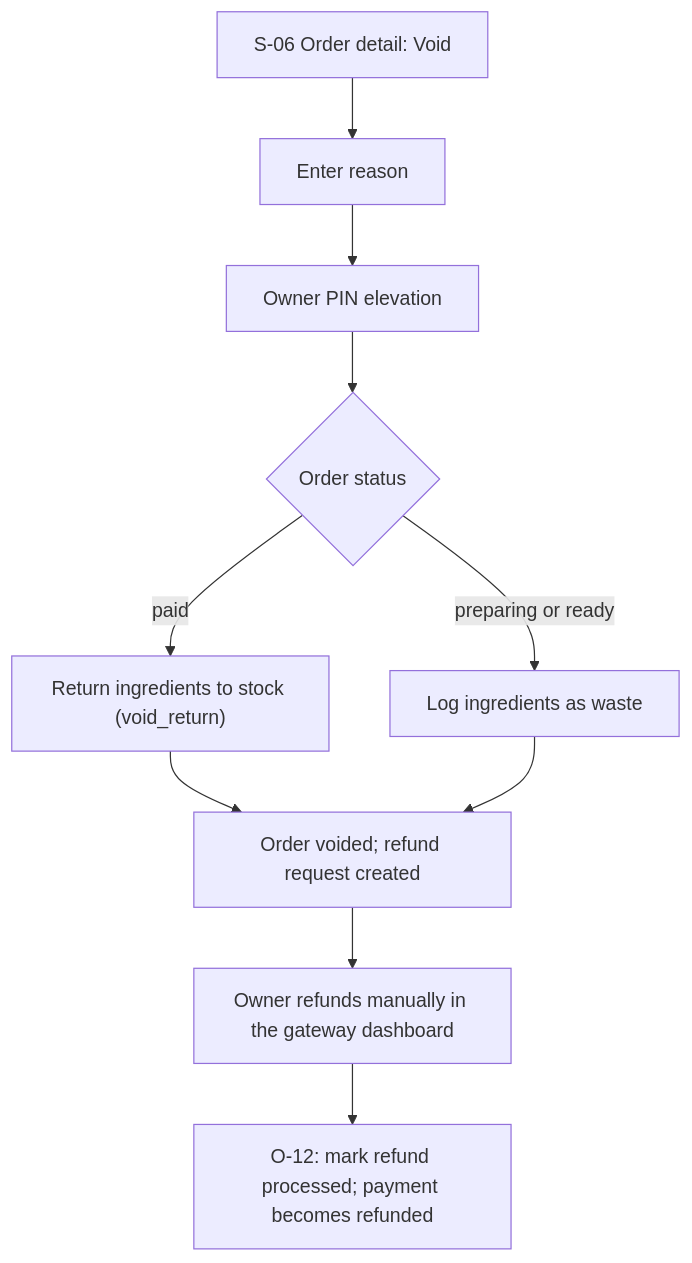
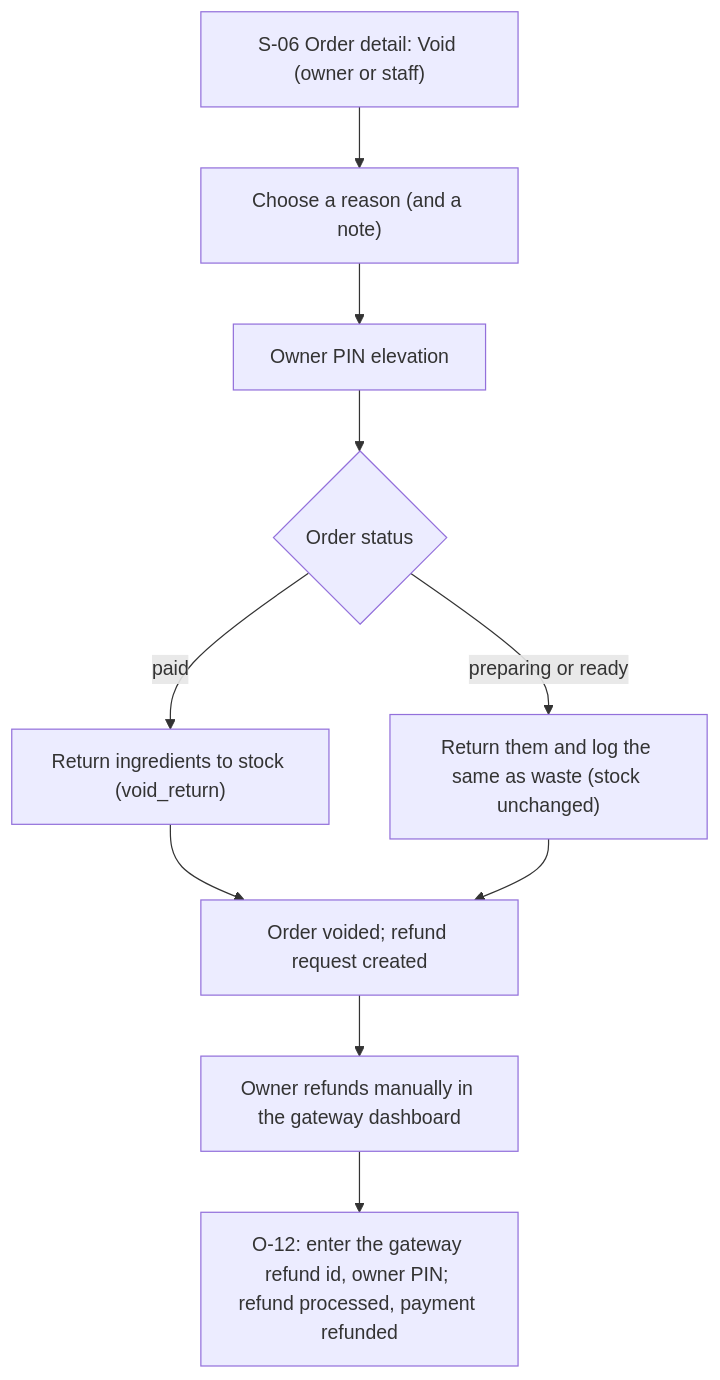
The tenth of 12 diagrams in docs/03-app-flow.md (AndikaAryaBagusM/BinaryBrew), drawn with Mermaid before and after one commit. The commit also changed other lines of this file and 40 other files, not shown here.

First line of the commit message:
feat(p3-01): void and refund flows with the O-12 orders page

````diff
--- a/docs/03-app-flow.md
+++ b/docs/03-app-flow.md
@@ -244,12 +244,12 @@
 ```mermaid
 flowchart TD
-  A["S-06 Order detail: Void"] --> B["Enter reason"]
+  A["S-06 Order detail: Void (owner or staff)"] --> B["Choose a reason (and a note)"]
   B --> C["Owner PIN elevation"]
   C --> D{"Order status"}
   D -- "paid" --> E["Return ingredients to stock (void_return)"]
-  D -- "preparing or ready" --> F["Log ingredients as waste"]
+  D -- "preparing or ready" --> F["Return them and log the same as waste (stock unchanged)"]
   E --> G["Order voided; refund request created"]
   F --> G
   G --> H["Owner refunds manually in the gateway dashboard"]
-  H --> I["O-12: mark refund processed; payment becomes refunded"]
+  H --> I["O-12: enter the gateway refund id, owner PIN; refund processed, payment refunded"]
 ```
````
